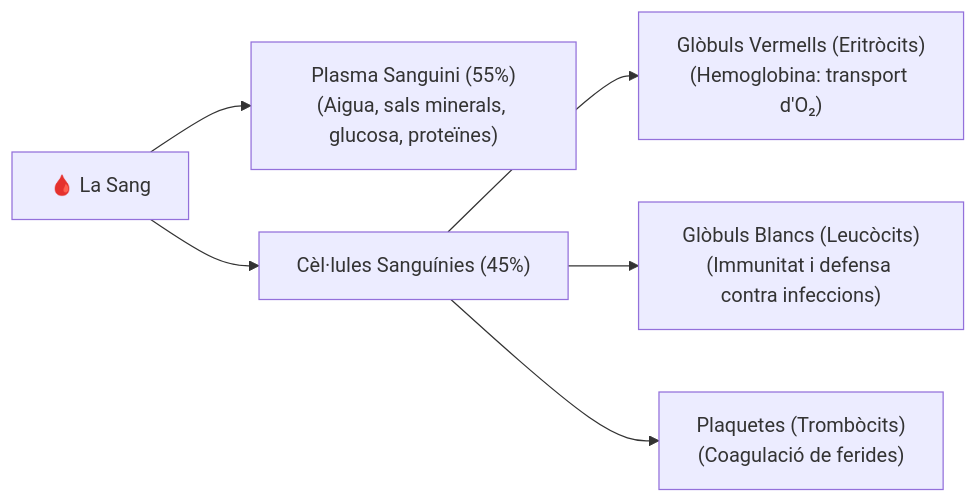
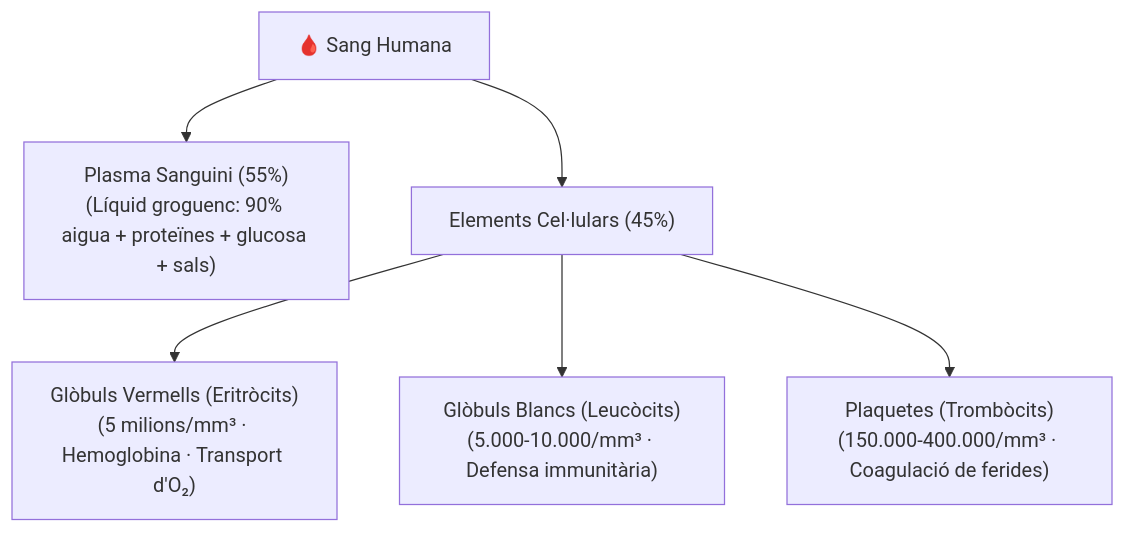
Before and after one commit to socderafel/socderafel.github.io: the first of 2 diagrams in biblioteca-cicles/01_FP_Basica/1fpb-ciencies-aplicades/ut02/ut0206.md, drawn with Mermaid. The commit also changed other lines of this file and 8 other files, not shown here.

````diff
--- a/biblioteca-cicles/01_FP_Basica/1fpb-ciencies-aplicades/ut02/ut0206.md
+++ b/biblioteca-cicles/01_FP_Basica/1fpb-ciencies-aplicades/ut02/ut0206.md
@@ -34,12 +37,12 @@
 ```mermaid
-flowchart LR
-  S["🩸 La Sang"] --> P["Plasma Sanguini (55%)
-(Aigua, sals minerals, glucosa, proteïnes)"]
-  S --> C["Cèl·lules Sanguínies (45%)"]
+flowchart TD
+  S["🩸 Sang Humana"] --> P["Plasma Sanguini (55%)
+(Líquid groguenc: 90% aigua + proteïnes + glucosa + sals)"]
+  S --> C["Elements Cel·lulars (45%)"]
   C --> R["Glòbuls Vermells (Eritròcits)
-(Hemoglobina: transport d'O₂)"]
+(5 milions/mm³ · Hemoglobina · Transport d'O₂)"]
   C --> W["Glòbuls Blancs (Leucòcits)
-(Immunitat i defensa contra infeccions)"]
+(5.000-10.000/mm³ · Defensa immunitària)"]
   C --> T["Plaquetes (Trombòcits)
-(Coagulació de ferides)"]
+(150.000-400.000/mm³ · Coagulació de ferides)"]
 ```
````
